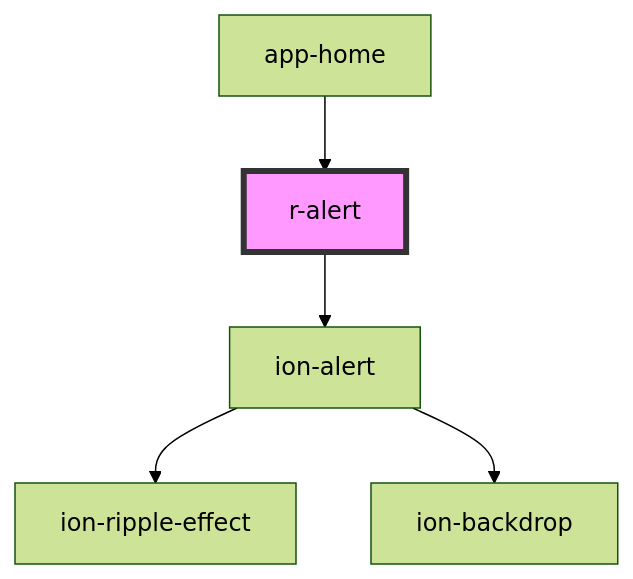
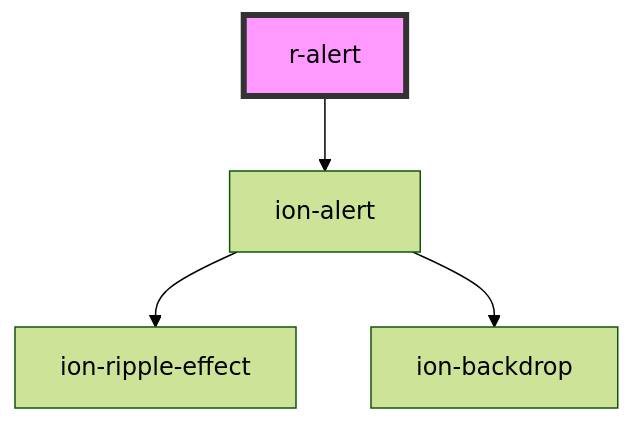
The diagram in src/components/r-alert/readme.md (refactico/design-system), drawn with Mermaid (forest theme) before and after one commit. The commit also changed other lines of this file and 27 other files, not shown here.

First line of the commit message:
chore: update component dependencies and documentation for app-home

````diff
--- a/src/components/r-alert/readme.md
+++ b/src/components/r-alert/readme.md
@@ -45,8 +41,7 @@
 ```mermaid
 graph TD;
   r-alert --> ion-alert
   ion-alert --> ion-ripple-effect
   ion-alert --> ion-backdrop
-  app-home --> r-alert
   style r-alert fill:#f9f,stroke:#333,stroke-width:4px
 ```
````
